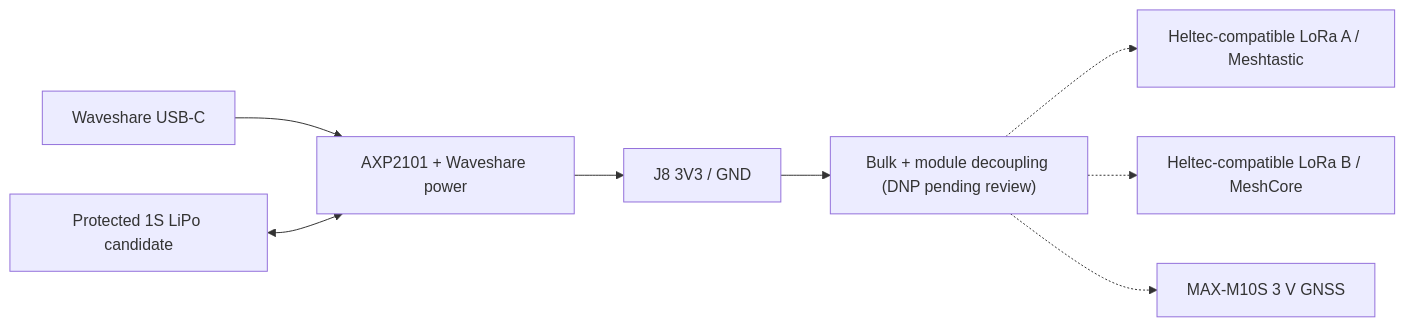
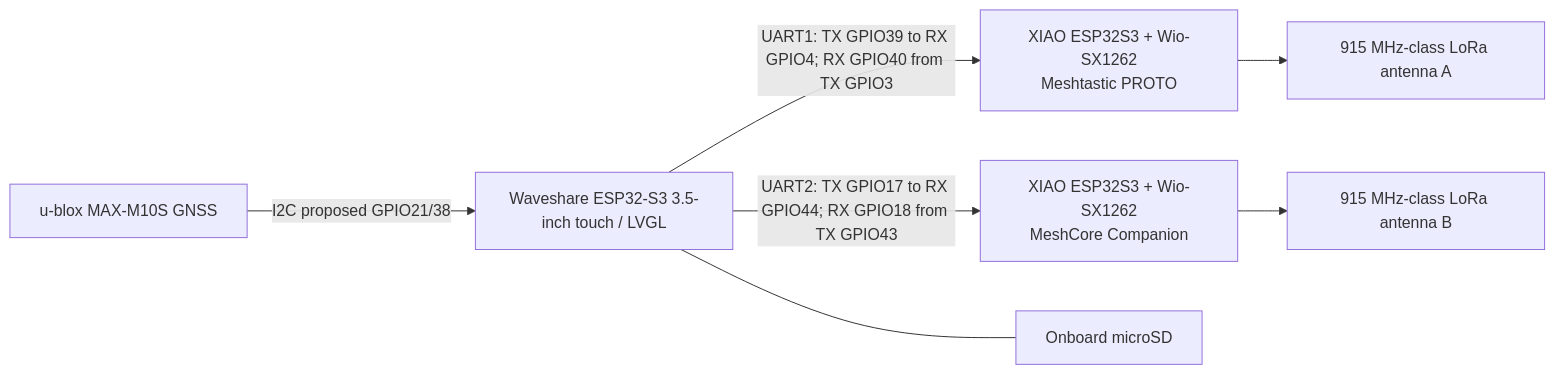
The diagram in docs/hardware-wiring.md (Renbrant/MeshCrossway), drawn with Mermaid before and after one commit. The commit also changed other lines of this file, not shown here.

Commit message:
Switch V1 radio architecture to dual Seeed XIAO/Wio SX1262

````diff
--- a/docs/hardware-wiring.md
+++ b/docs/hardware-wiring.md
@@ -13,10 +9,9 @@
 ```mermaid
 flowchart LR
- USB["Waveshare USB-C"] --> PMIC["AXP2101 + Waveshare power"]
- BAT["Protected 1S LiPo candidate"] <--> PMIC
- PMIC --> J8["J8 3V3 / GND"]
- J8 --> BULK["Bulk + module decoupling (DNP pending review)"]
- BULK -.-> A["Heltec-compatible LoRa A / Meshtastic"]
- BULK -.-> B["Heltec-compatible LoRa B / MeshCore"]
- BULK -.-> G["MAX-M10S 3 V GNSS"]
+  W["Waveshare ESP32-S3 3.5-inch touch / LVGL"] -->|UART1: TX GPIO39 to RX GPIO4; RX GPIO40 from TX GPIO3| MT["XIAO ESP32S3 + Wio-SX1262\nMeshtastic PROTO"]
+  W -->|UART2: TX GPIO17 to RX GPIO44; RX GPIO18 from TX GPIO43| MC["XIAO ESP32S3 + Wio-SX1262\nMeshCore Companion"]
+  GNSS["u-blox MAX-M10S GNSS"] -->|I2C proposed GPIO21/38| W
+  W --- SD["Onboard microSD"]
+  MT --> ANT1["915 MHz-class LoRa antenna A"]
+  MC --> ANT2["915 MHz-class LoRa antenna B"]
 ```
````
